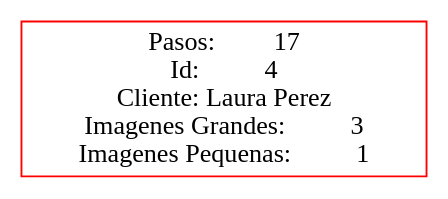
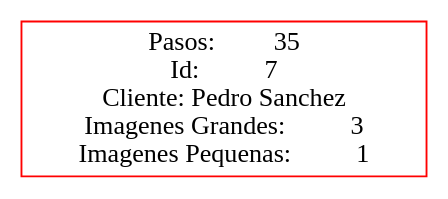
The diagram in Proyecto1/Proyecto1_202200089/Pruebas/PJ/masPasos.dot (FranklinONP/EDD_PROYECTO_202200089), drawn with Graphviz before and after one commit. The commit also changed 21 other files, not shown here.

```diff
--- a/Proyecto1/Proyecto1_202200089/Pruebas/PJ/masPasos.dot
+++ b/Proyecto1/Proyecto1_202200089/Pruebas/PJ/masPasos.dot
@@ -1,4 +1,4 @@
  digraph G {
  rankdir=LR;
- node1 [label="Pasos:         17\nId:          4\nCliente: Laura Perez\nImagenes Grandes:          3\nImagenes Pequenas:          1", color="red", shape="rectangle"];
+ node1 [label="Pasos:         35\nId:          7\nCliente: Pedro Sanchez\nImagenes Grandes:          3\nImagenes Pequenas:          1", color="red", shape="rectangle"];
  }
```
